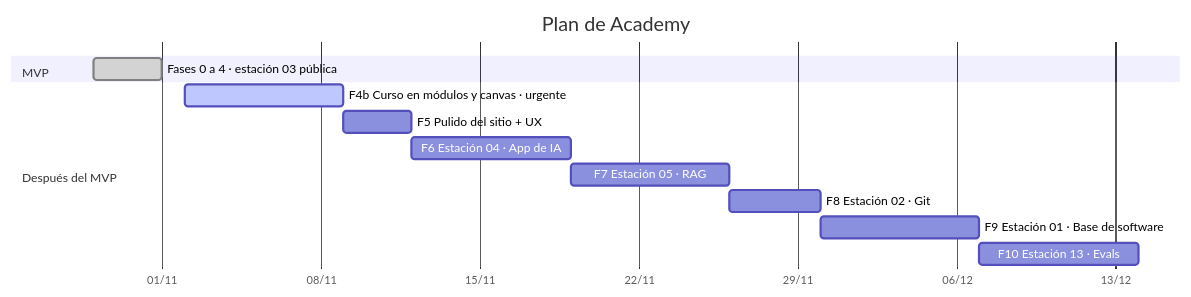
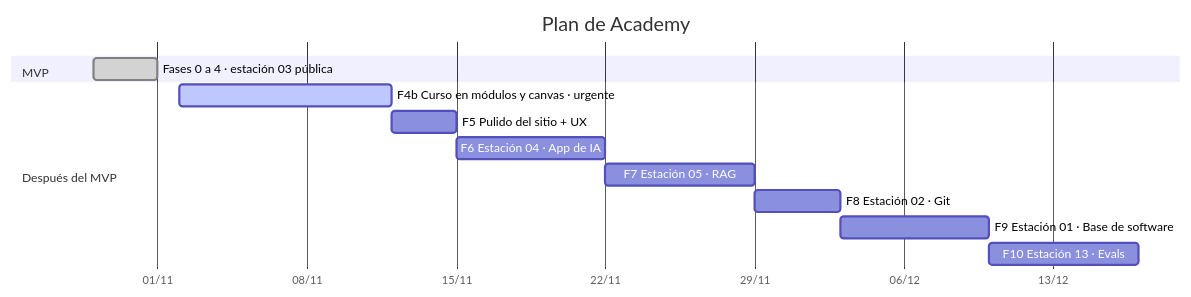
The diagram in AVANCE.md (francoSW99/Academy), drawn with Mermaid before and after one commit. The commit also changed other lines of this file, not shown here.

````diff
--- a/AVANCE.md
+++ b/AVANCE.md
@@ -60,16 +60,16 @@
 ```mermaid
 gantt
     title Plan de Academy
     dateFormat YYYY-MM-DD
     axisFormat %d/%m
     section MVP
     Fases 0 a 4 · estación 03 pública :done, mvp, 2026-10-29, 2026-11-01
     section Después del MVP
-    F4b Curso en módulos y canvas · urgente :active, f4b, 2026-11-02, 7d
+    F4b Curso en módulos y canvas · urgente :active, f4b, 2026-11-02, 10d
     F5 Pulido del sitio + UX :f5, after f4b, 3d
     F6 Estación 04 · App de IA :f6, after f5, 7d
     F7 Estación 05 · RAG :f7, after f6, 7d
     F8 Estación 02 · Git :f8, after f7, 4d
     F9 Estación 01 · Base de software :f9, after f8, 7d
     F10 Estación 13 · Evals :f10, after f9, 7d
 ```
````
